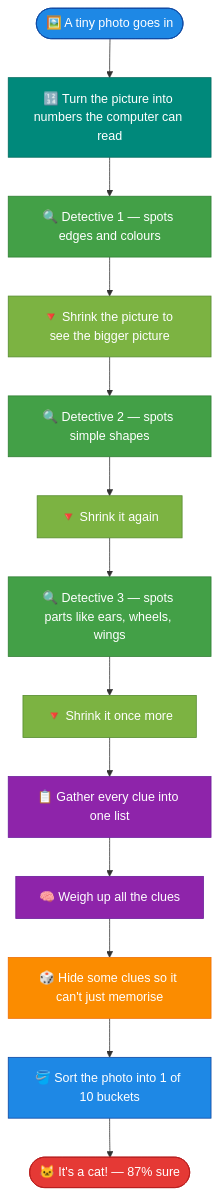
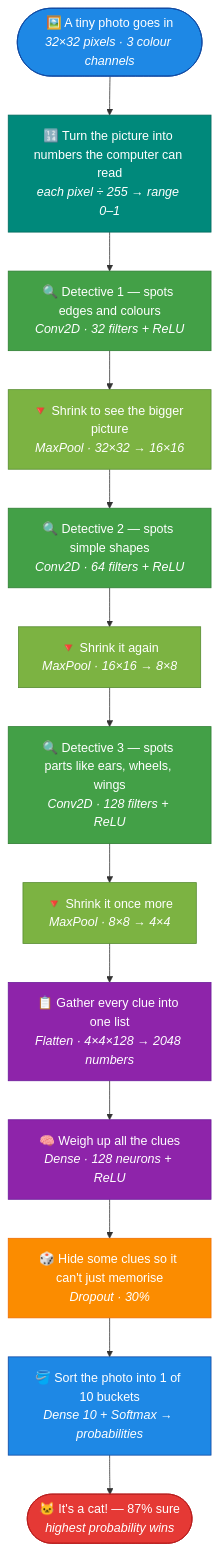
Before and after one commit to pritmon/cifar10-cnn-classifier: the diagram in README.md, drawn with Mermaid. The commit also changed other lines of this file, not shown here.

Commit message:
Restore technical details in flowchart as a second line per box
Each node now shows the plain-English step on top and the real layer
name, filter counts, and tensor sizes (32→16→8→4, Dropout 0.3,
4×4×128→2048) in italics underneath — story and specs together.

````diff
--- a/README.md
+++ b/README.md
@@ -83,28 +83,28 @@
 ```mermaid
 flowchart TD
-    IN(["🖼️ A tiny photo goes in"]):::io
-    NORM["🔢 Turn the picture into numbers the computer can read"]:::prep
+    IN(["🖼️ A tiny photo goes in<br/><i>32×32 pixels · 3 colour channels</i>"]):::io
+    NORM["🔢 Turn the picture into numbers the computer can read<br/><i>each pixel ÷ 255 → range 0–1</i>"]:::prep
 
-    C1["🔍 Detective 1 — spots edges and colours"]:::conv
-    P1["🔻 Shrink the picture to see the bigger picture"]:::pool
-    C2["🔍 Detective 2 — spots simple shapes"]:::conv
-    P2["🔻 Shrink it again"]:::pool
-    C3["🔍 Detective 3 — spots parts like ears, wheels, wings"]:::conv
-    P3["🔻 Shrink it once more"]:::pool
+    C1["🔍 Detective 1 — spots edges and colours<br/><i>Conv2D · 32 filters + ReLU</i>"]:::conv
+    P1["🔻 Shrink to see the bigger picture<br/><i>MaxPool · 32×32 → 16×16</i>"]:::pool
+    C2["🔍 Detective 2 — spots simple shapes<br/><i>Conv2D · 64 filters + ReLU</i>"]:::conv
+    P2["🔻 Shrink it again<br/><i>MaxPool · 16×16 → 8×8</i>"]:::pool
+    C3["🔍 Detective 3 — spots parts like ears, wheels, wings<br/><i>Conv2D · 128 filters + ReLU</i>"]:::conv
+    P3["🔻 Shrink it once more<br/><i>MaxPool · 8×8 → 4×4</i>"]:::pool
 
-    FL["📋 Gather every clue into one list"]:::head
-    D1["🧠 Weigh up all the clues"]:::head
-    DR["🎲 Hide some clues so it can't just memorise"]:::drop
-    SM["🪣 Sort the photo into 1 of 10 buckets"]:::io
-    RES(["🐱 It's a cat! — 87% sure"]):::result
+    FL["📋 Gather every clue into one list<br/><i>Flatten · 4×4×128 → 2048 numbers</i>"]:::head
+    D1["🧠 Weigh up all the clues<br/><i>Dense · 128 neurons + ReLU</i>"]:::head
+    DR["🎲 Hide some clues so it can't just memorise<br/><i>Dropout · 30%</i>"]:::drop
+    SM["🪣 Sort the photo into 1 of 10 buckets<br/><i>Dense 10 + Softmax → probabilities</i>"]:::io
+    RES(["🐱 It's a cat! — 87% sure<br/><i>highest probability wins</i>"]):::result
 
     IN --> NORM --> C1 --> P1 --> C2 --> P2 --> C3 --> P3 --> FL --> D1 --> DR --> SM --> RES
 
     classDef io fill:#1E88E5,stroke:#0D47A1,color:#ffffff
     classDef prep fill:#00897B,stroke:#00695C,color:#ffffff
     classDef conv fill:#43A047,stroke:#2E7D32,color:#ffffff
     classDef pool fill:#7CB342,stroke:#558B2F,color:#ffffff
     classDef head fill:#8E24AA,stroke:#6A1B9A,color:#ffffff
     classDef drop fill:#FB8C00,stroke:#EF6C00,color:#ffffff
     classDef result fill:#E53935,stroke:#B71C1C,color:#ffffff
 ```
````
